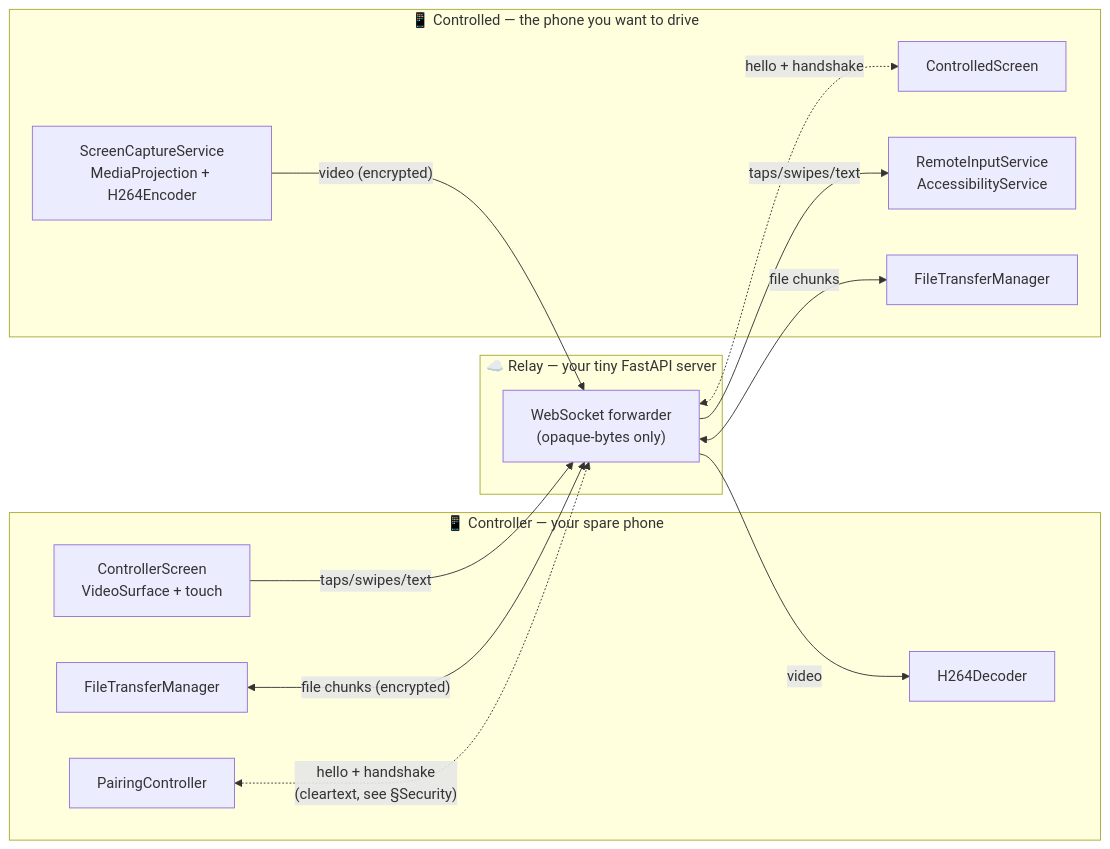
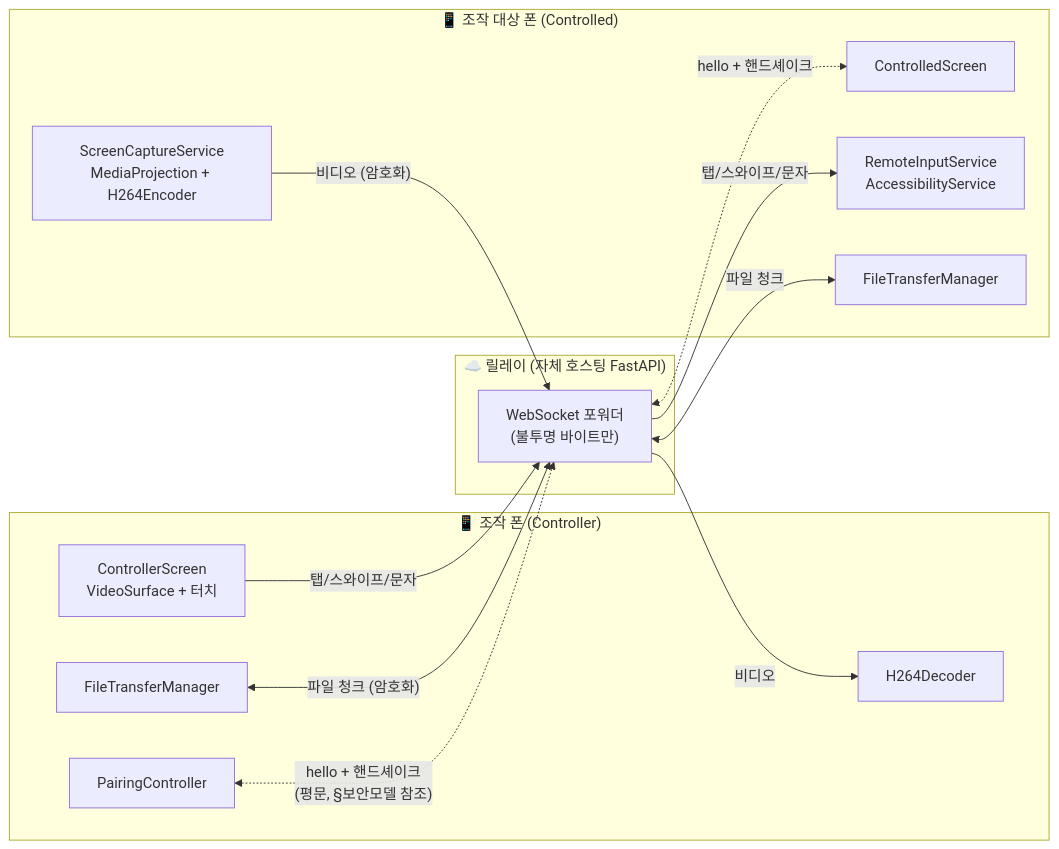
The first of 4 diagrams in android-remote/README.md (dnr6419/paperclip), drawn with Mermaid before and after one commit. The commit also changed other lines of this file, not shown here.

````diff
--- a/android-remote/README.md
+++ b/android-remote/README.md
@@ -18,27 +18,27 @@
 ```mermaid
 flowchart LR
-    subgraph Controller["📱 Controller — your spare phone"]
-        CtrlUI["ControllerScreen<br/>VideoSurface + touch"]
+    subgraph Controller["📱 조작 폰 (Controller)"]
+        CtrlUI["ControllerScreen<br/>VideoSurface + 터치"]
         CtrlPair[PairingController]
         CtrlDec[H264Decoder]
         CtrlFile[FileTransferManager]
     end
-    subgraph Relay["☁️ Relay — your tiny FastAPI server"]
-        WS["WebSocket forwarder<br/>(opaque-bytes only)"]
+    subgraph Relay["☁️ 릴레이 (자체 호스팅 FastAPI)"]
+        WS["WebSocket 포워더<br/>(불투명 바이트만)"]
     end
-    subgraph Controlled["📱 Controlled — the phone you want to drive"]
+    subgraph Controlled["📱 조작 대상 폰 (Controlled)"]
         CtldUI[ControlledScreen]
         Cap["ScreenCaptureService<br/>MediaProjection + H264Encoder"]
         Acc["RemoteInputService<br/>AccessibilityService"]
         CtldFile[FileTransferManager]
     end
 
-    Cap   -- "video (encrypted)"  --> WS
-    WS    -- "video"              --> CtrlDec
-    CtrlUI-- "taps/swipes/text"   --> WS
-    WS    -- "taps/swipes/text"   --> Acc
-    CtrlFile <-- "file chunks (encrypted)" --> WS
-    WS    <-- "file chunks"       --> CtldFile
-    CtrlPair <-. "hello + handshake<br/>(cleartext, see §Security)" .-> WS
-    WS    <-. "hello + handshake" .-> CtldUI
+    Cap   -- "비디오 (암호화)"     --> WS
+    WS    -- "비디오"               --> CtrlDec
+    CtrlUI-- "탭/스와이프/문자"    --> WS
+    WS    -- "탭/스와이프/문자"    --> Acc
+    CtrlFile <-- "파일 청크 (암호화)" --> WS
+    WS    <-- "파일 청크"           --> CtldFile
+    CtrlPair <-. "hello + 핸드셰이크<br/>(평문, §보안모델 참조)" .-> WS
+    WS    <-. "hello + 핸드셰이크" .-> CtldUI
 ```
````
